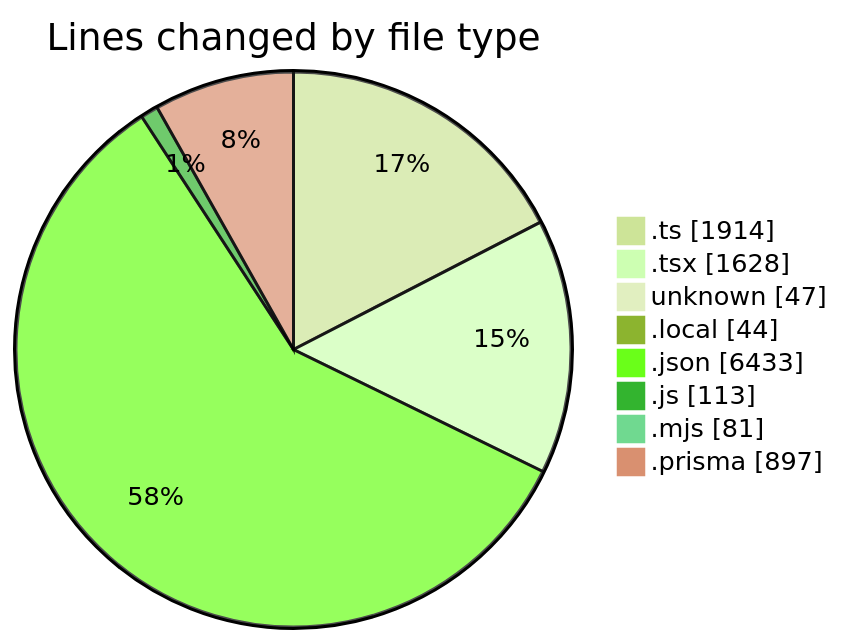
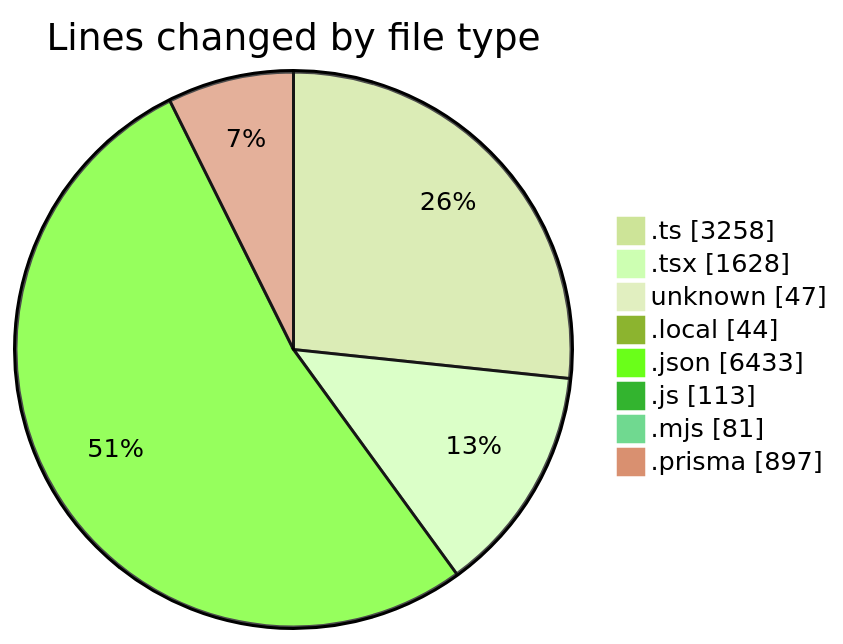
Before and after one commit to CELIANVF/code-tracking: the first of 2 diagrams in 2025-05-16/ecodeli-1/README.md, drawn with Mermaid (forest theme). The commit also changed other lines of this file and 1 other file, not shown here.

````diff
--- a/2025-05-16/ecodeli-1/README.md
+++ b/2025-05-16/ecodeli-1/README.md
@@ -44,12 +45,12 @@
 ```mermaid
 pie showData
 title Lines changed by file type
-".ts" : 1914
+".ts" : 3258
 ".tsx" : 1628
 "unknown" : 47
 ".local" : 44
 ".json" : 6433
 ".js" : 113
 ".mjs" : 81
 ".prisma" : 897
 ```
````
